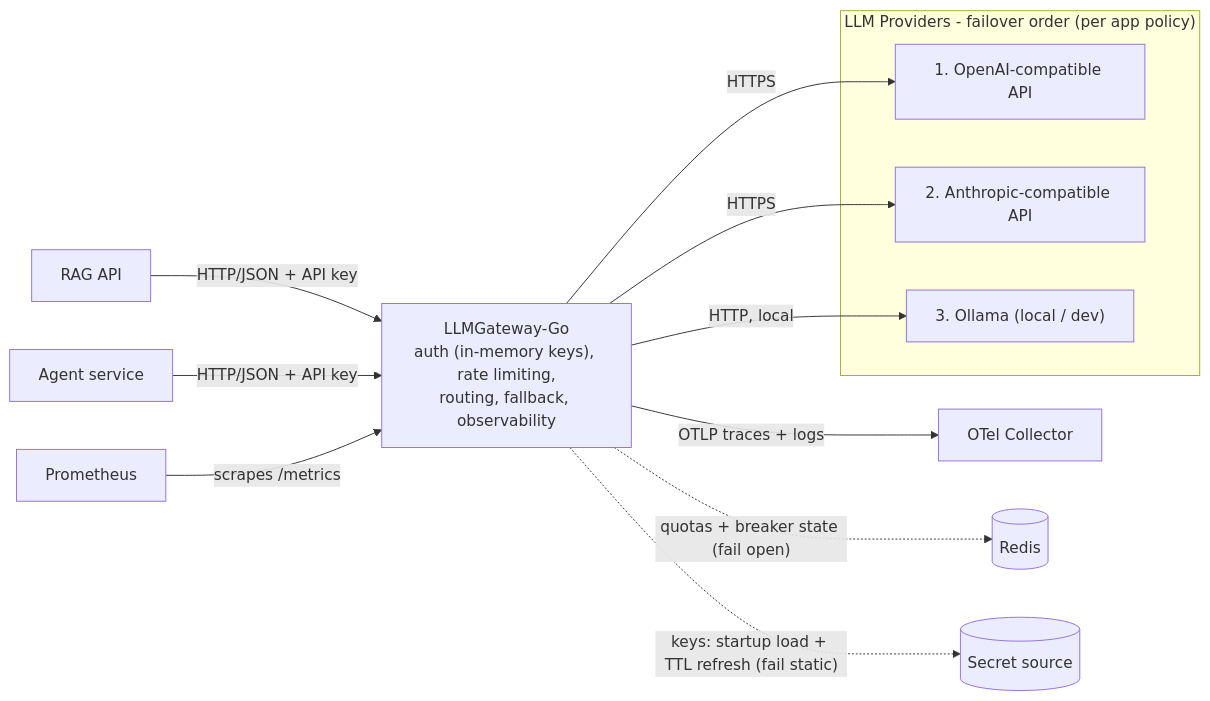
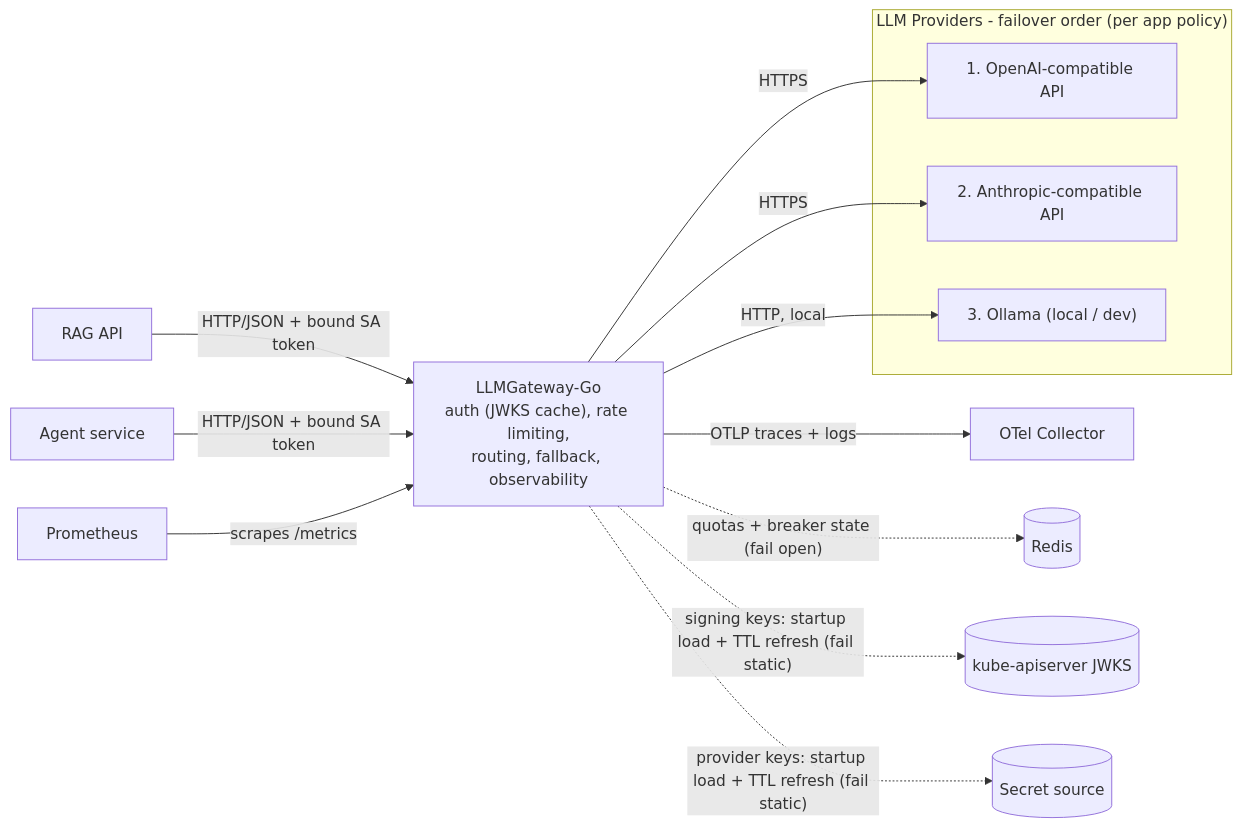
The diagram in docs/design/architecture-brief.md (FernasFragas/LLMGateway-Go), drawn with Mermaid before and after one commit. The commit also changed other lines of this file and 4 other files, not shown here.

````diff
--- a/docs/design/architecture-brief.md
+++ b/docs/design/architecture-brief.md
@@ -186,22 +186,23 @@
 ```mermaid
 graph LR
-    RAG[RAG API] -->|HTTP/JSON + API key| GW
-    AGENT[Agent service] -->|HTTP/JSON + API key| GW
+    RAG[RAG API] -->|"HTTP/JSON + bound SA token"| GW
+    AGENT[Agent service] -->|"HTTP/JSON + bound SA token"| GW
     PROM[Prometheus] -->|scrapes /metrics| GW
 
-    GW["LLMGateway-Go<br/>auth (in-memory keys), rate limiting,<br/>routing, fallback, observability"]
+    GW["LLMGateway-Go<br/>auth (JWKS cache), rate limiting,<br/>routing, fallback, observability"]
 
     subgraph PROVIDERS["LLM Providers - failover order (per app policy)"]
         P1["1. OpenAI-compatible API"]
         P2["2. Anthropic-compatible API"]
         P3["3. Ollama (local / dev)"]
     end
 
     GW -->|HTTPS| P1
     GW -->|HTTPS| P2
     GW -->|"HTTP, local"| P3
 
     GW -->|"OTLP traces + logs"| OTEL[OTel Collector]
     GW -.->|"quotas + breaker state (fail open)"| REDIS[("Redis")]
-    GW -.->|"keys: startup load + TTL refresh (fail static)"| SECRETS[("Secret source")]
+    GW -.->|"signing keys: startup load + TTL refresh (fail static)"| JWKS[("kube-apiserver JWKS")]
+    GW -.->|"provider keys: startup load + TTL refresh (fail static)"| SECRETS[("Secret source")]
 ```
````
